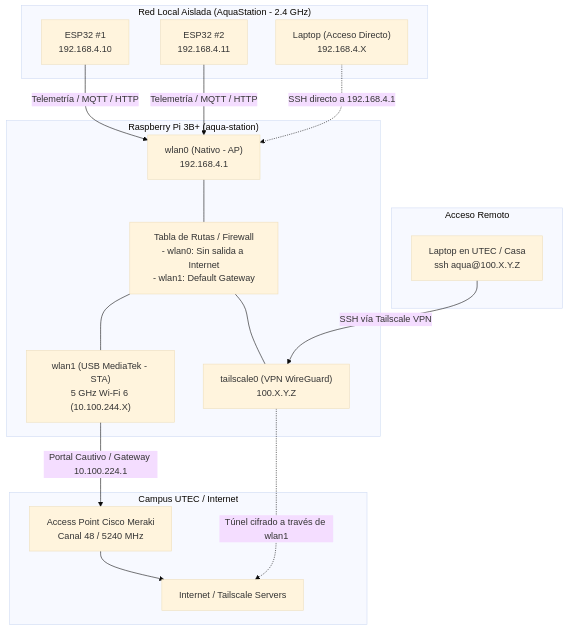
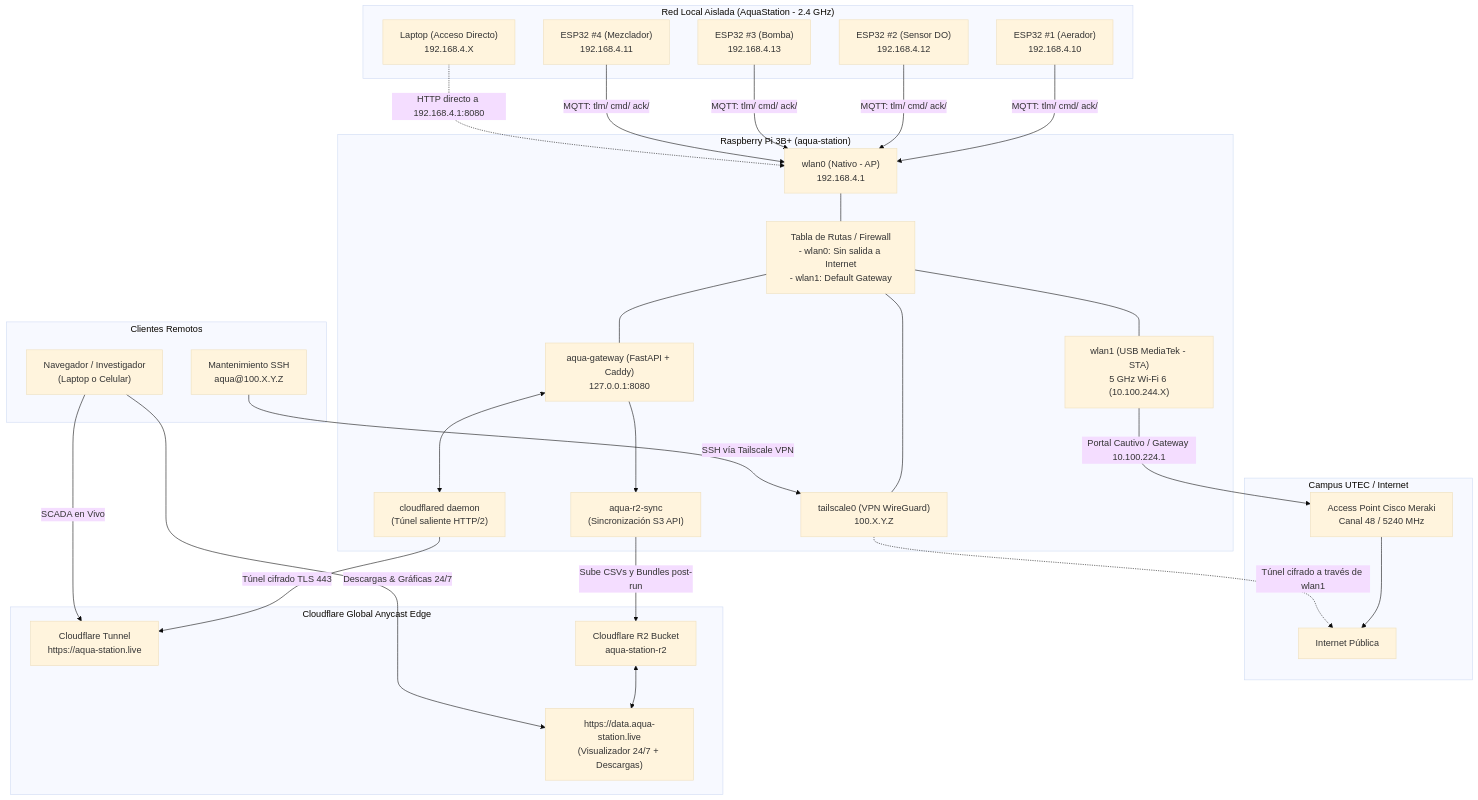
One commit to YetAnotherUser24/aqua changed the diagram in aqua-station/ARQUITECTURA_RED.md. Above: the diagram before and after it, drawn with Mermaid (base theme). The commit also changed other lines of this file and 10 other files, not shown here.

Commit message:
feat(aqua-station): configure Cloudflare R2 sync, edge telemetry portal, and export history modal

````diff
--- a/aqua-station/ARQUITECTURA_RED.md
+++ b/aqua-station/ARQUITECTURA_RED.md
@@ -9,37 +9,57 @@
 ```mermaid
 graph TD
     subgraph LAN_AISLADA ["Red Local Aislada (AquaStation - 2.4 GHz)"]
-        ESP1["ESP32 #1<br/>192.168.4.10"]
-        ESP2["ESP32 #2<br/>192.168.4.11"]
+        ESP1["ESP32 #1 (Aerador)<br/>192.168.4.10"]
+        ESP2["ESP32 #2 (Sensor DO)<br/>192.168.4.12"]
+        ESP3["ESP32 #3 (Bomba)<br/>192.168.4.13"]
+        ESP4["ESP32 #4 (Mezclador)<br/>192.168.4.11"]
         LaptopLocal["Laptop (Acceso Directo)<br/>192.168.4.X"]
     end
 
     subgraph RPI ["Raspberry Pi 3B+ (aqua-station)"]
         WLAN0["wlan0 (Nativo - AP)<br/>192.168.4.1"]
         ROUTING["Tabla de Rutas / Firewall<br/>- wlan0: Sin salida a Internet<br/>- wlan1: Default Gateway"]
+        GW_CORE["aqua-gateway (FastAPI + Caddy)<br/>127.0.0.1:8080"]
+        CLOUDFLARED["cloudflared daemon<br/>(Túnel saliente HTTP/2)"]
+        R2_SYNC["aqua-r2-sync<br/>(Sincronización S3 API)"]
         TAILSCALE["tailscale0 (VPN WireGuard)<br/>100.X.Y.Z"]
         WLAN1["wlan1 (USB MediaTek - STA)<br/>5 GHz Wi-Fi 6 (10.100.244.X)"]
     end
 
     subgraph WAN ["Campus UTEC / Internet"]
         MERAKI["Access Point Cisco Meraki<br/>Canal 48 / 5240 MHz"]
-        INTERNET["Internet / Tailscale Servers"]
+        INTERNET["Internet Pública"]
     end
 
-    subgraph REMOTO ["Acceso Remoto"]
-        LaptopRemota["Laptop en UTEC / Casa<br/>ssh aqua@100.X.Y.Z"]
+    subgraph CF_EDGE ["Cloudflare Global Anycast Edge"]
+        CFT["Cloudflare Tunnel<br/>https://aqua-station.live"]
+        R2["Cloudflare R2 Bucket<br/>aqua-station-r2"]
+        DATA_PORTAL["https://data.aqua-station.live<br/>(Visualizador 24/7 + Descargas)"]
     end
 
-    ESP1 -->|Telemetría / MQTT / HTTP| WLAN0
-    ESP2 -->|Telemetría / MQTT / HTTP| WLAN0
-    LaptopLocal -.->|SSH directo a 192.168.4.1| WLAN0
+    subgraph REMOTO ["Clientes Remotos"]
+        WebUser["Navegador / Investigador<br/>(Laptop o Celular)"]
+        LaptopRemota["Mantenimiento SSH<br/>aqua@100.X.Y.Z"]
+    end
+
+    ESP1 & ESP2 & ESP3 & ESP4 -->|MQTT: tlm/ cmd/ ack/| WLAN0
+    LaptopLocal -.->|HTTP directo a 192.168.4.1:8080| WLAN0
 
     WLAN0 --- ROUTING
+    ROUTING --- GW_CORE
+    GW_CORE <--> CLOUDFLARED
+    GW_CORE --> R2_SYNC
     ROUTING --- WLAN1
     ROUTING --- TAILSCALE
 
     WLAN1 -->|Portal Cautivo / Gateway 10.100.224.1| MERAKI
     MERAKI --> INTERNET
     TAILSCALE -.->|Túnel cifrado a través de wlan1| INTERNET
+    CLOUDFLARED -->|Túnel cifrado TLS 443| CFT
+    R2_SYNC -->|Sube CSVs y Bundles post-run| R2
+    R2 <--> DATA_PORTAL
+
+    WebUser -->|SCADA en Vivo| CFT
+    WebUser -->|Descargas & Gráficas 24/7| DATA_PORTAL
     LaptopRemota -->|SSH vía Tailscale VPN| TAILSCALE
 ```
````
